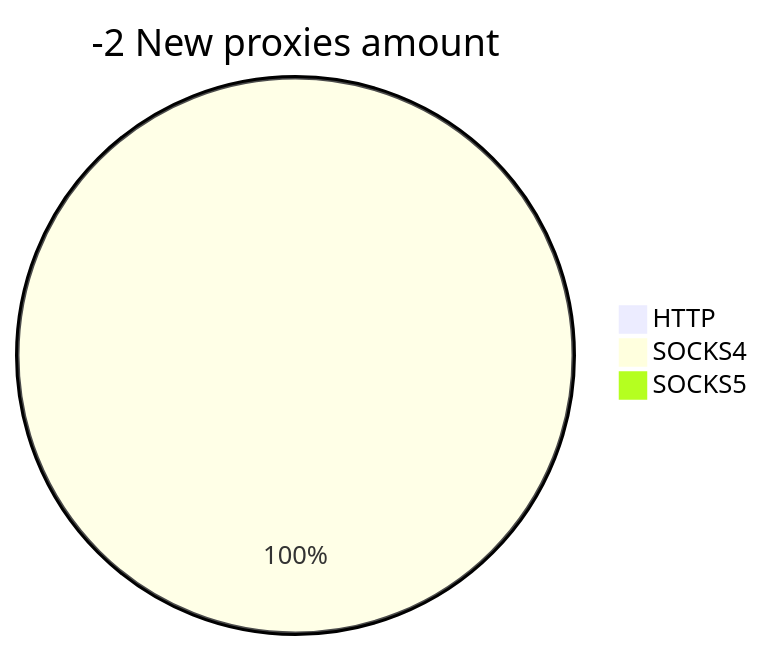
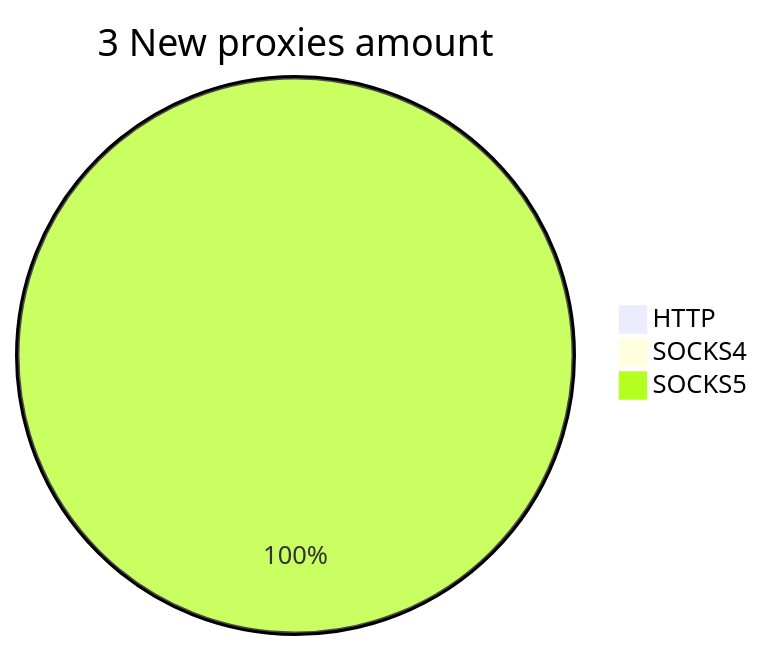
One commit to cutipu/proxylist changed the second of 2 diagrams in README.md. Above: the diagram before and after it, drawn with Mermaid. The commit also changed other lines of this file, not shown here.

````diff
--- a/README.md
+++ b/README.md
@@ -10,6 +10,6 @@
 ```mermaid
-pie title -2 New proxies amount
+pie title 3 New proxies amount
     "HTTP" : 0
-    "SOCKS4" : 1
-    "SOCKS5" : 0
+    "SOCKS4" : 0
+    "SOCKS5" : 3
 ```
````
